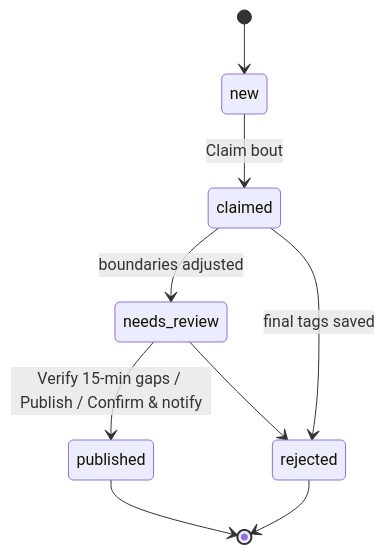
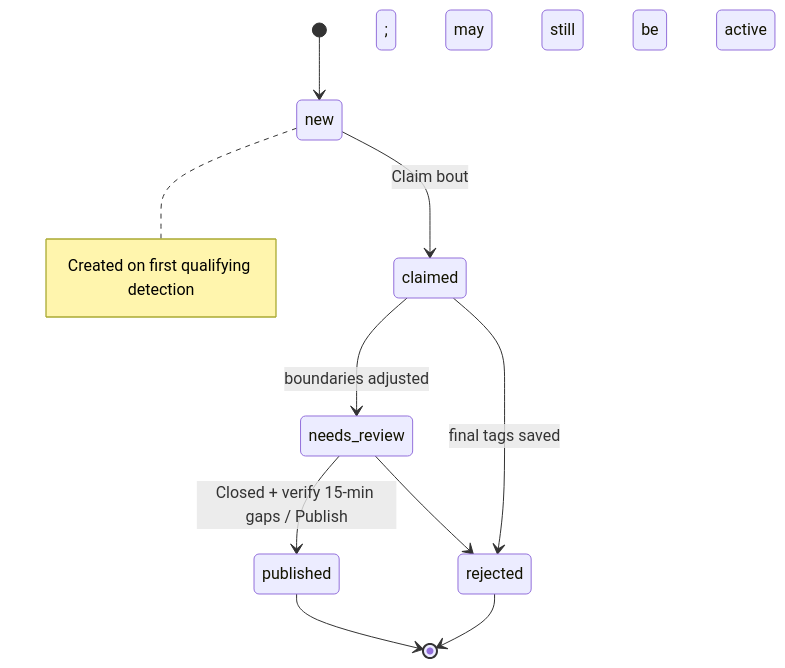
Before and after one commit to orcasound/orcahello: the third of 3 diagrams in ModeratorFrontEnd/specification/bout-spec.md, drawn with Mermaid. The commit also changed other lines of this file and 1 other file, not shown here.

````diff
--- a/ModeratorFrontEnd/specification/bout-spec.md
+++ b/ModeratorFrontEnd/specification/bout-spec.md
@@ -643,11 +660,12 @@
 ```mermaid
 stateDiagram-v2
   [*] --> new
+  note right of new: Created on first qualifying detection; may still be active
   new --> claimed: Claim bout
   claimed --> needs_review: boundaries adjusted
-  needs_review --> published: Verify 15-min gaps / Publish / Confirm & notify
+  needs_review --> published: Closed + verify 15-min gaps / Publish
   claimed --> rejected: final tags saved
   needs_review --> rejected
   published --> [*]
   rejected --> [*]
 ```
````
